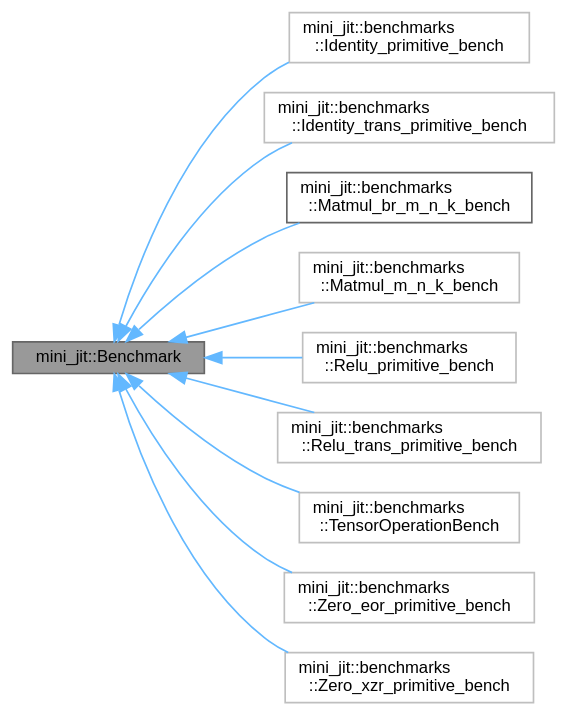
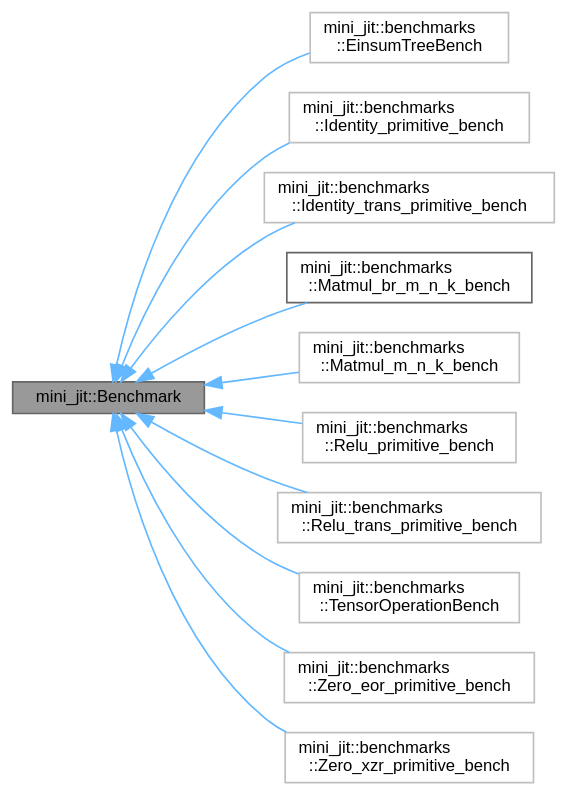
Before and after one commit to Shad00Z/machine-learning-compilers: the diagram in classmini__jit_1_1Benchmark__inherit__graph.dot, drawn with Graphviz. The commit also changed 96 other files, not shown here.

```diff
--- a/classmini__jit_1_1Benchmark__inherit__graph.dot
+++ b/classmini__jit_1_1Benchmark__inherit__graph.dot
@@ -1,27 +1,29 @@
 digraph "mini_jit::Benchmark"
 {
  // LATEX_PDF_SIZE
   bgcolor="transparent";
   edge [fontname=Helvetica,fontsize=10,labelfontname=Helvetica,labelfontsize=10];
   node [fontname=Helvetica,fontsize=10,shape=box,height=0.2,width=0.4];
   rankdir="LR";
   Node1 [id="Node000001",label="mini_jit::Benchmark",height=0.2,width=0.4,color="gray40", fillcolor="grey60", style="filled", fontcolor="black",tooltip=" "];
   Node1 -> Node2 [id="edge1_Node000001_Node000002",dir="back",color="steelblue1",style="solid",tooltip=" "];
-  Node2 [id="Node000002",label="mini_jit::benchmarks\l::Identity_primitive_bench",height=0.2,width=0.4,color="grey75", fillcolor="white", style="filled",URL="$classmini__jit_1_1benchmarks_1_1Identity__primitive__bench.html",tooltip=" "];
+  Node2 [id="Node000002",label="mini_jit::benchmarks\l::EinsumTreeBench",height=0.2,width=0.4,color="grey75", fillcolor="white", style="filled",URL="$classmini__jit_1_1benchmarks_1_1EinsumTreeBench.html",tooltip=" "];
   Node1 -> Node3 [id="edge2_Node000001_Node000003",dir="back",color="steelblue1",style="solid",tooltip=" "];
-  Node3 [id="Node000003",label="mini_jit::benchmarks\l::Identity_trans_primitive_bench",height=0.2,width=0.4,color="grey75", fillcolor="white", style="filled",URL="$classmini__jit_1_1benchmarks_1_1Identity__trans__primitive__bench.html",tooltip=" "];
+  Node3 [id="Node000003",label="mini_jit::benchmarks\l::Identity_primitive_bench",height=0.2,width=0.4,color="grey75", fillcolor="white", style="filled",URL="$classmini__jit_1_1benchmarks_1_1Identity__primitive__bench.html",tooltip=" "];
   Node1 -> Node4 [id="edge3_Node000001_Node000004",dir="back",color="steelblue1",style="solid",tooltip=" "];
-  Node4 [id="Node000004",label="mini_jit::benchmarks\l::Matmul_br_m_n_k_bench",height=0.2,width=0.4,color="gray40", fillcolor="white", style="filled",URL="$classmini__jit_1_1benchmarks_1_1Matmul__br__m__n__k__bench.html",tooltip="Benchmark for matrix multiplication using BRGEMM."];
+  Node4 [id="Node000004",label="mini_jit::benchmarks\l::Identity_trans_primitive_bench",height=0.2,width=0.4,color="grey75", fillcolor="white", style="filled",URL="$classmini__jit_1_1benchmarks_1_1Identity__trans__primitive__bench.html",tooltip=" "];
   Node1 -> Node5 [id="edge4_Node000001_Node000005",dir="back",color="steelblue1",style="solid",tooltip=" "];
-  Node5 [id="Node000005",label="mini_jit::benchmarks\l::Matmul_m_n_k_bench",height=0.2,width=0.4,color="grey75", fillcolor="white", style="filled",URL="$classmini__jit_1_1benchmarks_1_1Matmul__m__n__k__bench.html",tooltip=" "];
+  Node5 [id="Node000005",label="mini_jit::benchmarks\l::Matmul_br_m_n_k_bench",height=0.2,width=0.4,color="gray40", fillcolor="white", style="filled",URL="$classmini__jit_1_1benchmarks_1_1Matmul__br__m__n__k__bench.html",tooltip="Benchmark for matrix multiplication using BRGEMM."];
   Node1 -> Node6 [id="edge5_Node000001_Node000006",dir="back",color="steelblue1",style="solid",tooltip=" "];
-  Node6 [id="Node000006",label="mini_jit::benchmarks\l::Relu_primitive_bench",height=0.2,width=0.4,color="grey75", fillcolor="white", style="filled",URL="$classmini__jit_1_1benchmarks_1_1Relu__primitive__bench.html",tooltip=" "];
+  Node6 [id="Node000006",label="mini_jit::benchmarks\l::Matmul_m_n_k_bench",height=0.2,width=0.4,color="grey75", fillcolor="white", style="filled",URL="$classmini__jit_1_1benchmarks_1_1Matmul__m__n__k__bench.html",tooltip=" "];
   Node1 -> Node7 [id="edge6_Node000001_Node000007",dir="back",color="steelblue1",style="solid",tooltip=" "];
-  Node7 [id="Node000007",label="mini_jit::benchmarks\l::Relu_trans_primitive_bench",height=0.2,width=0.4,color="grey75", fillcolor="white", style="filled",URL="$classmini__jit_1_1benchmarks_1_1Relu__trans__primitive__bench.html",tooltip=" "];
+  Node7 [id="Node000007",label="mini_jit::benchmarks\l::Relu_primitive_bench",height=0.2,width=0.4,color="grey75", fillcolor="white", style="filled",URL="$classmini__jit_1_1benchmarks_1_1Relu__primitive__bench.html",tooltip=" "];
   Node1 -> Node8 [id="edge7_Node000001_Node000008",dir="back",color="steelblue1",style="solid",tooltip=" "];
-  Node8 [id="Node000008",label="mini_jit::benchmarks\l::TensorOperationBench",height=0.2,width=0.4,color="grey75", fillcolor="white", style="filled",URL="$classmini__jit_1_1benchmarks_1_1TensorOperationBench.html",tooltip=" "];
+  Node8 [id="Node000008",label="mini_jit::benchmarks\l::Relu_trans_primitive_bench",height=0.2,width=0.4,color="grey75", fillcolor="white", style="filled",URL="$classmini__jit_1_1benchmarks_1_1Relu__trans__primitive__bench.html",tooltip=" "];
   Node1 -> Node9 [id="edge8_Node000001_Node000009",dir="back",color="steelblue1",style="solid",tooltip=" "];
-  Node9 [id="Node000009",label="mini_jit::benchmarks\l::Zero_eor_primitive_bench",height=0.2,width=0.4,color="grey75", fillcolor="white", style="filled",URL="$classmini__jit_1_1benchmarks_1_1Zero__eor__primitive__bench.html",tooltip=" "];
+  Node9 [id="Node000009",label="mini_jit::benchmarks\l::TensorOperationBench",height=0.2,width=0.4,color="grey75", fillcolor="white", style="filled",URL="$classmini__jit_1_1benchmarks_1_1TensorOperationBench.html",tooltip=" "];
   Node1 -> Node10 [id="edge9_Node000001_Node000010",dir="back",color="steelblue1",style="solid",tooltip=" "];
-  Node10 [id="Node000010",label="mini_jit::benchmarks\l::Zero_xzr_primitive_bench",height=0.2,width=0.4,color="grey75", fillcolor="white", style="filled",URL="$classmini__jit_1_1benchmarks_1_1Zero__xzr__primitive__bench.html",tooltip=" "];
+  Node10 [id="Node000010",label="mini_jit::benchmarks\l::Zero_eor_primitive_bench",height=0.2,width=0.4,color="grey75", fillcolor="white", style="filled",URL="$classmini__jit_1_1benchmarks_1_1Zero__eor__primitive__bench.html",tooltip=" "];
+  Node1 -> Node11 [id="edge10_Node000001_Node000011",dir="back",color="steelblue1",style="solid",tooltip=" "];
+  Node11 [id="Node000011",label="mini_jit::benchmarks\l::Zero_xzr_primitive_bench",height=0.2,width=0.4,color="grey75", fillcolor="white", style="filled",URL="$classmini__jit_1_1benchmarks_1_1Zero__xzr__primitive__bench.html",tooltip=" "];
 }
```
